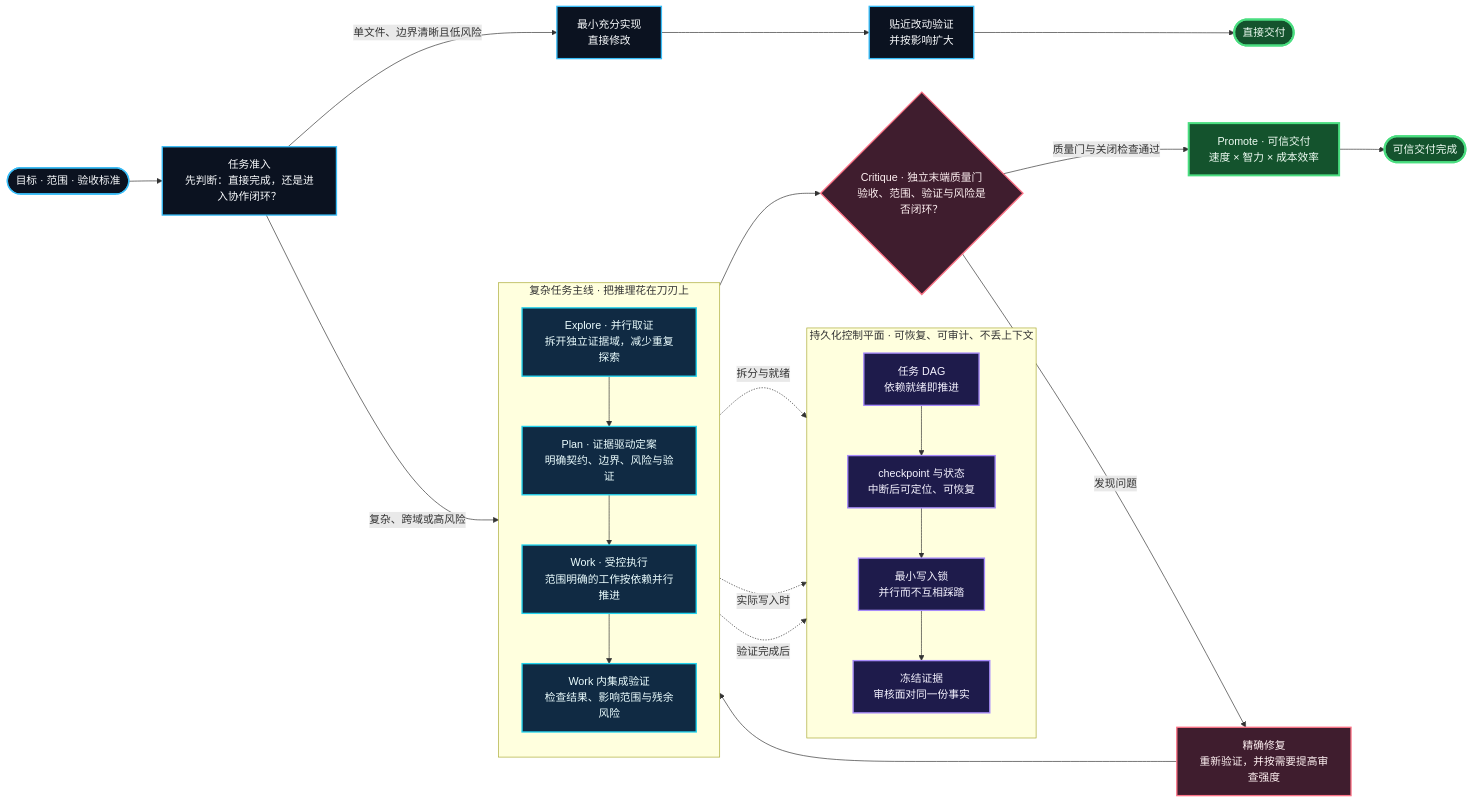
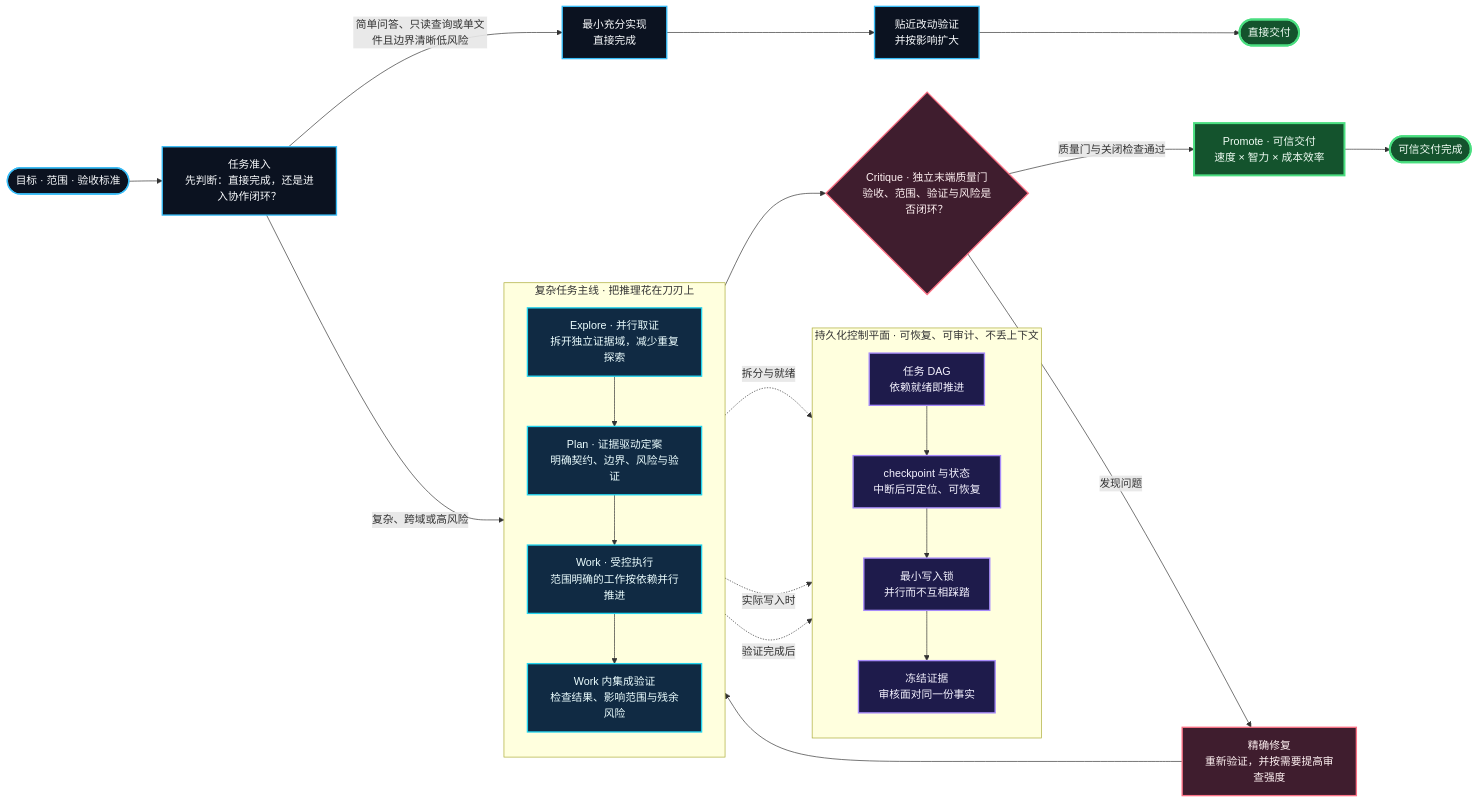
Before and after one commit to huanmin123/ai-vibecode-superpower: the diagram in README.md, drawn with Mermaid. The commit also changed other lines of this file and 60 other files, not shown here.

````diff
--- a/README.md
+++ b/README.md
@@ -20,48 +20,48 @@
 ```mermaid
 flowchart LR
     USER(["目标 · 范围 · 验收标准"]) --> INTAKE["任务准入<br/>先判断：直接完成，还是进入协作闭环？"]
 
-    INTAKE -->|"单文件、边界清晰且低风险"| DIRECT["最小充分实现<br/>直接修改"]
+    INTAKE -->|"简单问答、只读查询或单文件且边界清晰低风险"| DIRECT["最小充分实现<br/>直接完成"]
     DIRECT --> LOCAL_VERIFY["贴近改动验证<br/>并按影响扩大"]
     LOCAL_VERIFY --> DIRECT_DELIVERY(["直接交付"])
     INTAKE -->|"复杂、跨域或高风险"| EXPLORE
 
     subgraph INTEL["复杂任务主线 · 把推理花在刀刃上"]
         direction TB
         EXPLORE["Explore · 并行取证<br/>拆开独立证据域，减少重复探索"]
         PLAN["Plan · 证据驱动定案<br/>明确契约、边界、风险与验证"]
         WORK["Work · 受控执行<br/>范围明确的工作按依赖并行推进"]
         VERIFY["Work 内集成验证<br/>检查结果、影响范围与残余风险"]
         EXPLORE --> PLAN --> WORK --> VERIFY
     end
 
     subgraph CONTROL["持久化控制平面 · 可恢复、可审计、不丢上下文"]
         direction TB
         DAG["任务 DAG<br/>依赖就绪即推进"]
         STATE["checkpoint 与状态<br/>中断后可定位、可恢复"]
         LOCK["最小写入锁<br/>并行而不互相踩踏"]
         EVIDENCE["冻结证据<br/>审核面对同一份事实"]
         DAG --> STATE --> LOCK --> EVIDENCE
     end
 
     EXPLORE -.->|"拆分与就绪"| DAG
     WORK -.->|"实际写入时"| LOCK
     VERIFY -.->|"验证完成后"| EVIDENCE
 
     VERIFY --> CRITIQUE{"Critique · 独立末端质量门<br/>验收、范围、验证与风险是否闭环？"}
     CRITIQUE -->|"质量门与关闭检查通过"| PROMOTE["Promote · 可信交付<br/>速度 × 智力 × 成本效率"]
     PROMOTE --> DELIVERY(["可信交付完成"])
     CRITIQUE -->|"发现问题"| REPAIR["精确修复<br/>重新验证，并按需要提高审查强度"]
     REPAIR --> WORK
 
     classDef start fill:#0b1220,stroke:#38bdf8,color:#f8fafc,stroke-width:2px;
     classDef smart fill:#102a43,stroke:#22d3ee,color:#ecfeff,stroke-width:2px;
     classDef control fill:#1e1b4b,stroke:#a78bfa,color:#f5f3ff,stroke-width:2px;
     classDef gate fill:#3f1d2e,stroke:#fb7185,color:#fff1f2,stroke-width:2px;
     classDef result fill:#14532d,stroke:#4ade80,color:#f0fdf4,stroke-width:3px;
     class USER,INTAKE,DIRECT,LOCAL_VERIFY start;
     class EXPLORE,PLAN,WORK,VERIFY smart;
     class DAG,STATE,LOCK,EVIDENCE control;
     class CRITIQUE,REPAIR gate;
     class PROMOTE,DELIVERY,DIRECT_DELIVERY result;
 ```
````
